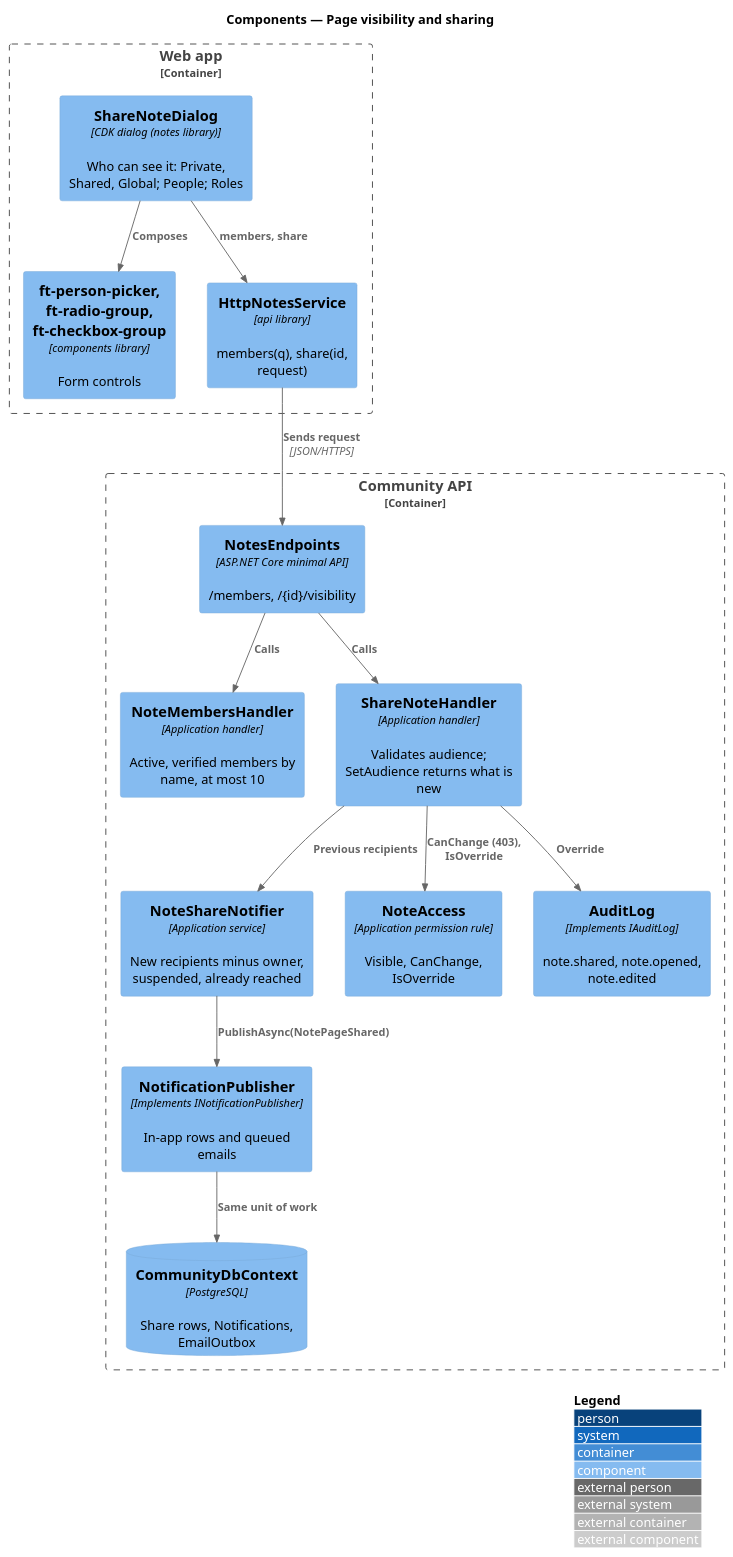
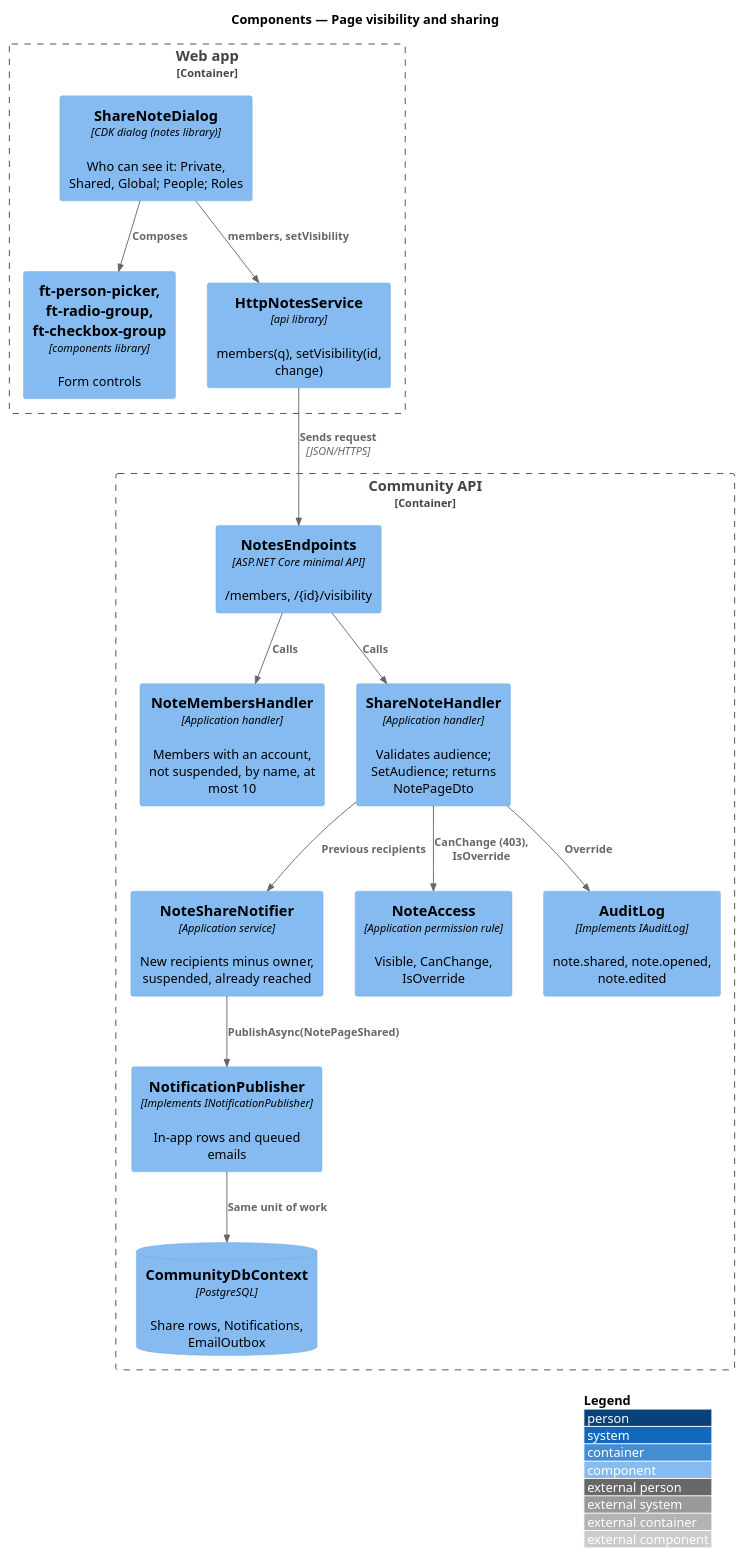
Before and after one commit to QuinntyneBrown/faithtech-community: the diagram in docs/detailed-designs/notes/share-and-visibility/diagrams/c4-component.puml, drawn with PlantUML. The commit also changed 230 other files, not shown here.

First line of the commit message:
Align the Docs & notes documentation with what was built

```diff
--- a/docs/detailed-designs/notes/share-and-visibility/diagrams/c4-component.puml
+++ b/docs/detailed-designs/notes/share-and-visibility/diagrams/c4-component.puml
@@ -1,30 +1,30 @@
 @startuml
 !include <C4/C4_Component>
 LAYOUT_WITH_LEGEND()
 title Components — Page visibility and sharing
 Container_Boundary(web, "Web app") {
   Component(dlg, "ShareNoteDialog", "CDK dialog (notes library)", "Who can see it: Private, Shared, Global; People; Roles")
   Component(picker, "ft-person-picker, ft-radio-group, ft-checkbox-group", "components library", "Form controls")
-  Component(svc, "HttpNotesService", "api library", "members(q), share(id, request)")
+  Component(svc, "HttpNotesService", "api library", "members(q), setVisibility(id, change)")
 }
 Container_Boundary(api, "Community API") {
   Component(ep, "NotesEndpoints", "ASP.NET Core minimal API", "/members, /{id}/visibility")
-  Component(mem, "NoteMembersHandler", "Application handler", "Active, verified members by name, at most 10")
-  Component(sh, "ShareNoteHandler", "Application handler", "Validates audience; SetAudience returns what is new")
+  Component(mem, "NoteMembersHandler", "Application handler", "Members with an account, not suspended, by name, at most 10")
+  Component(sh, "ShareNoteHandler", "Application handler", "Validates audience; SetAudience; returns NotePageDto")
   Component(n, "NoteShareNotifier", "Application service", "New recipients minus owner, suspended, already reached")
   Component(pub, "NotificationPublisher", "Implements INotificationPublisher", "In-app rows and queued emails")
   Component(acc, "NoteAccess", "Application permission rule", "Visible, CanChange, IsOverride")
   Component(audit, "AuditLog", "Implements IAuditLog", "note.shared, note.opened, note.edited")
   ComponentDb(db, "CommunityDbContext", "PostgreSQL", "Share rows, Notifications, EmailOutbox")
 }
 Rel(dlg, picker, "Composes")
-Rel(dlg, svc, "members, share")
+Rel(dlg, svc, "members, setVisibility")
 Rel(svc, ep, "Sends request", "JSON/HTTPS")
 Rel(ep, mem, "Calls")
 Rel(ep, sh, "Calls")
 Rel(sh, acc, "CanChange (403), IsOverride")
 Rel(sh, n, "Previous recipients")
 Rel(n, pub, "PublishAsync(NotePageShared)")
 Rel(sh, audit, "Override")
 Rel(pub, db, "Same unit of work")
 @enduml
```
